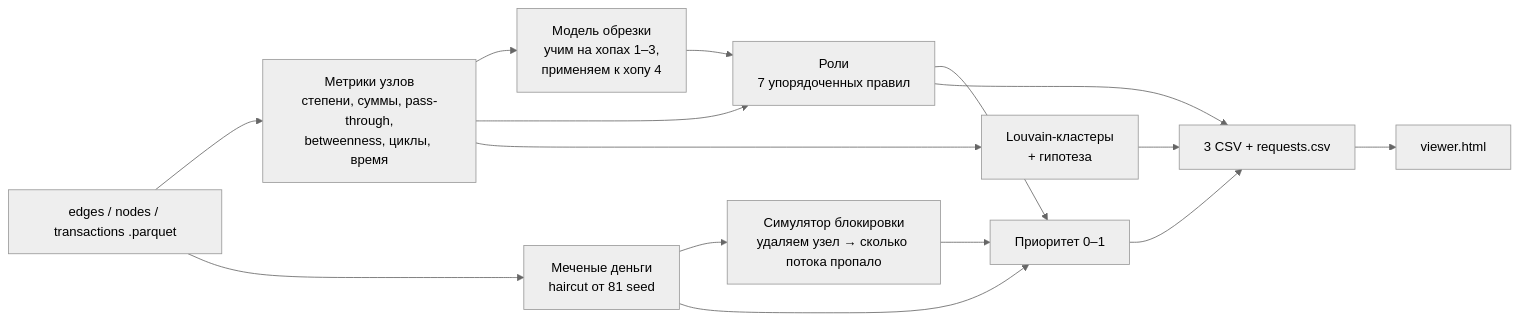
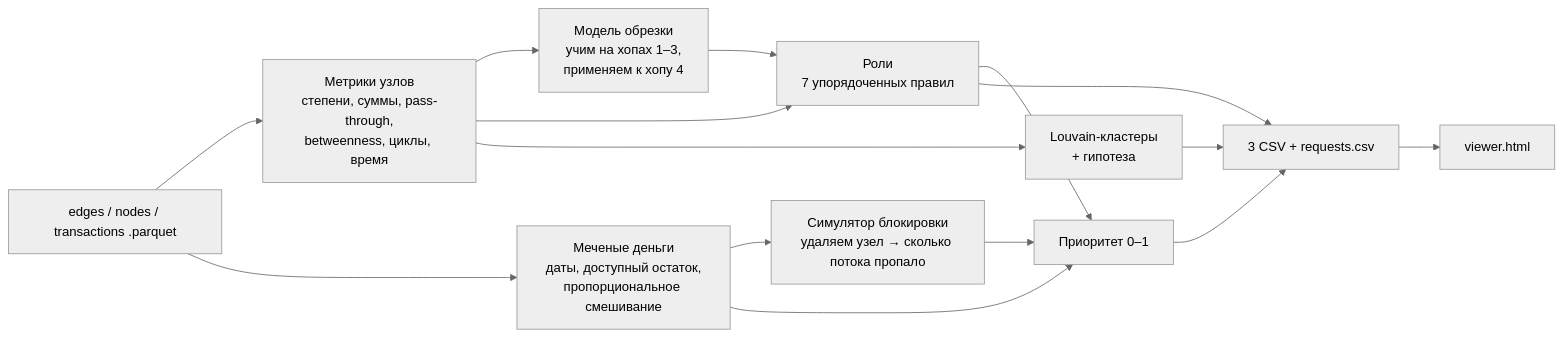
One commit to BAITC-Hacks/hack-61c5ca4c-orbit-digital-ako changed the diagram in money_graph/README.md. Above: the diagram before and after it, drawn with Mermaid (neutral theme). The commit also changed other lines of this file and 43 other files, not shown here.

First line of the commit message:
feat: integrate OpenAI assistant and chronological flow analysis

````diff
--- a/money_graph/README.md
+++ b/money_graph/README.md
@@ -71,12 +94,12 @@
 ```mermaid
 flowchart LR
   A[edges / nodes / transactions .parquet] --> B[Метрики узлов<br>степени, суммы, pass-through,<br>betweenness, циклы, время]
-  A --> C[Меченые деньги<br>haircut от 81 seed]
+  A --> C[Меченые деньги<br>даты, доступный остаток,<br>пропорциональное смешивание]
   C --> D[Симулятор блокировки<br>удаляем узел → сколько потока пропало]
   B --> E[Модель обрезки<br>учим на хопах 1–3,<br>применяем к хопу 4]
   B & E --> F[Роли<br>7 упорядоченных правил]
   C & D & F --> G[Приоритет 0–1]
   B --> H[Louvain-кластеры<br>+ гипотеза]
   F & G & H --> I[3 CSV + requests.csv]
   I --> J[viewer.html]
 ```
````
